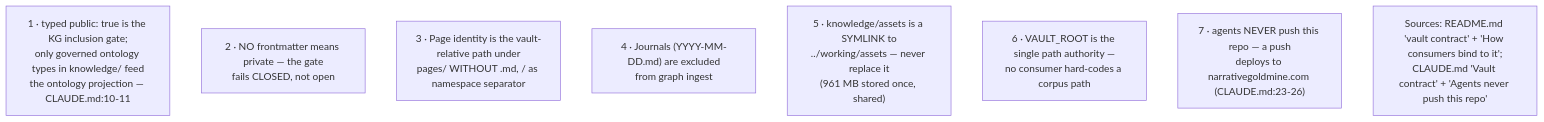
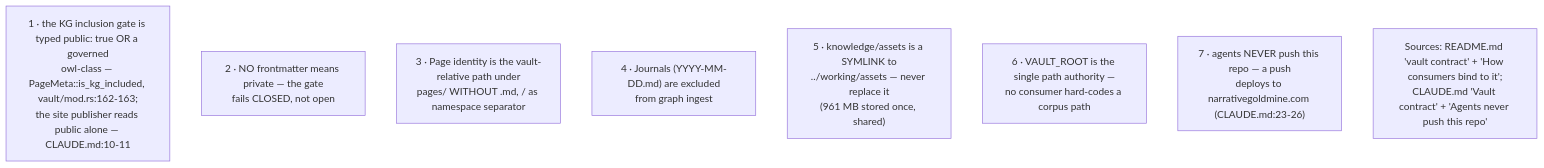
Before and after one commit to DreamLab-AI/VisionFlow: the first of 4 diagrams in docs/diagrams/visiongraph/05-invariants-register.md, drawn with Mermaid. The commit also changed other lines of this file and 10 other files, not shown here.

First line of the commit message:
docs(diagrams): close ER-1 to ER-4 and ER-33 across ten topics, re-stamped

````diff
--- a/docs/diagrams/visiongraph/05-invariants-register.md
+++ b/docs/diagrams/visiongraph/05-invariants-register.md
@@ -20,11 +22,11 @@
 ```mermaid
 flowchart TB
-    I1["1 · typed public: true is the KG inclusion gate;<br/>only governed ontology types in knowledge#47; feed<br/>the ontology projection — CLAUDE.md:10-11"]
+    I1["1 · the KG inclusion gate is typed public: true OR a governed<br/>owl-class — PageMeta::is_kg_included, vault/mod.rs:162-163;<br/>the site publisher reads public alone — CLAUDE.md:10-11"]
     I2["2 · NO frontmatter means private — the gate<br/>fails CLOSED, not open"]
     I3["3 · Page identity is the vault-relative path under<br/>pages/ WITHOUT .md, / as namespace separator"]
     I4["4 · Journals #40;YYYY-MM-DD.md#41; are excluded<br/>from graph ingest"]
     I5["5 · knowledge/assets is a SYMLINK to<br/>../working/assets — never replace it<br/>#40;961 MB stored once, shared#41;"]
     I6["6 · VAULT_ROOT is the single path authority —<br/>no consumer hard-codes a corpus path"]
     I7["7 · agents NEVER push this repo — a push<br/>deploys to narrativegoldmine.com #40;CLAUDE.md:23-26#41;"]
     note1["Sources: README.md 'vault contract' + 'How consumers bind to it';<br/>CLAUDE.md 'Vault contract' + 'Agents never push this repo'"]
 ```
````
